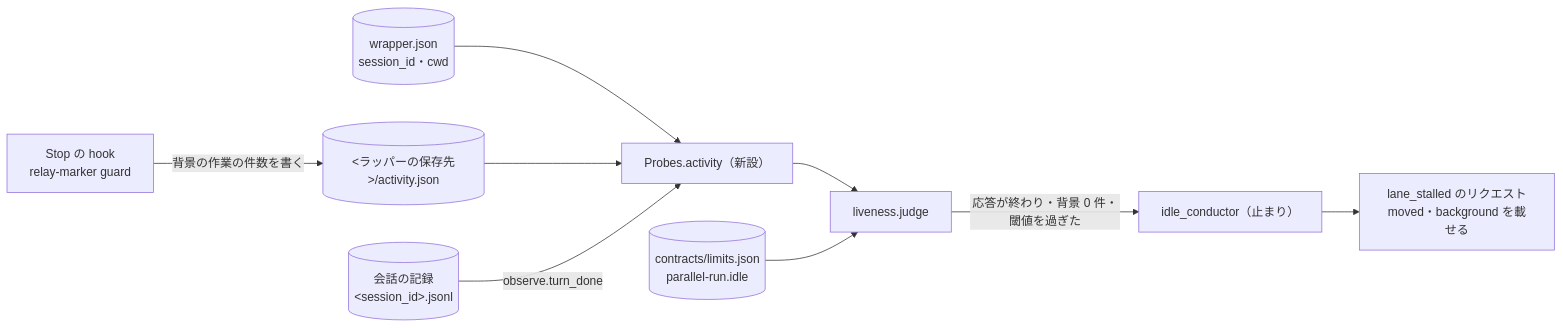
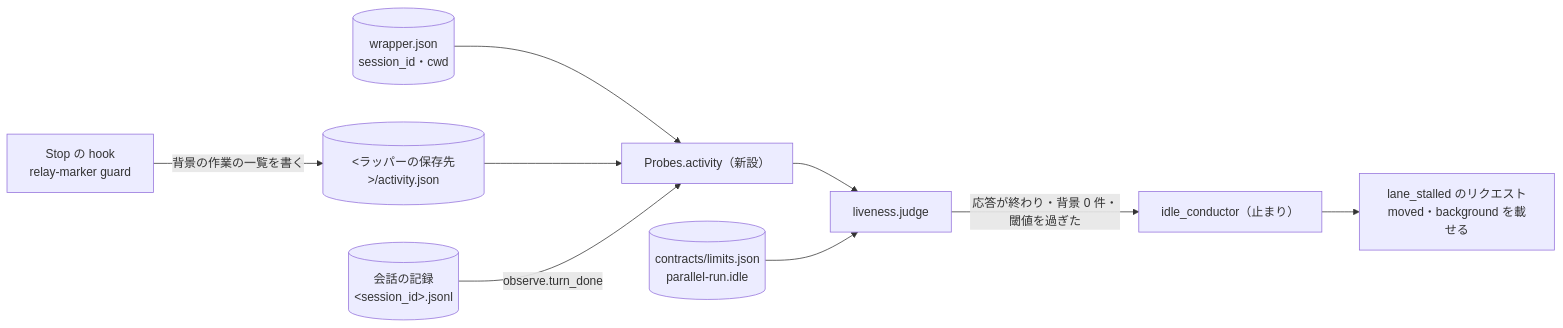
One commit to devbasex/ai-plugins changed the second of 4 diagrams in issues/issue-4036-design.md. Above: the diagram before and after it, drawn with Mermaid. The commit also changed other lines of this file and 1 other file, not shown here.

````diff
--- a/issues/issue-4036-design.md
+++ b/issues/issue-4036-design.md
@@ -52,11 +53,11 @@
 ```mermaid
 flowchart LR
-    SH["Stop の hook<br/>relay-marker guard"] -->|"背景の作業の件数を書く"| AF[("&lt;ラッパーの保存先&gt;/activity.json")]
+    SH["Stop の hook<br/>relay-marker guard"] -->|"背景の作業の一覧を書く"| AF[("&lt;ラッパーの保存先&gt;/activity.json")]
     WJ[("wrapper.json<br/>session_id・cwd")] --> PR["Probes.activity（新設）"]
     AF --> PR
     TR[("会話の記録<br/>&lt;session_id&gt;.jsonl")] -->|"observe.turn_done"| PR
     PR --> J["liveness.judge"]
     L[("contracts/limits.json<br/>parallel-run.idle")] --> J
     J -->|"応答が終わり・背景 0 件・閾値を過ぎた"| S["idle_conductor（止まり）"]
     S --> RQ["lane_stalled のリクエスト<br/>moved・background を載せる"]
 ```
````
